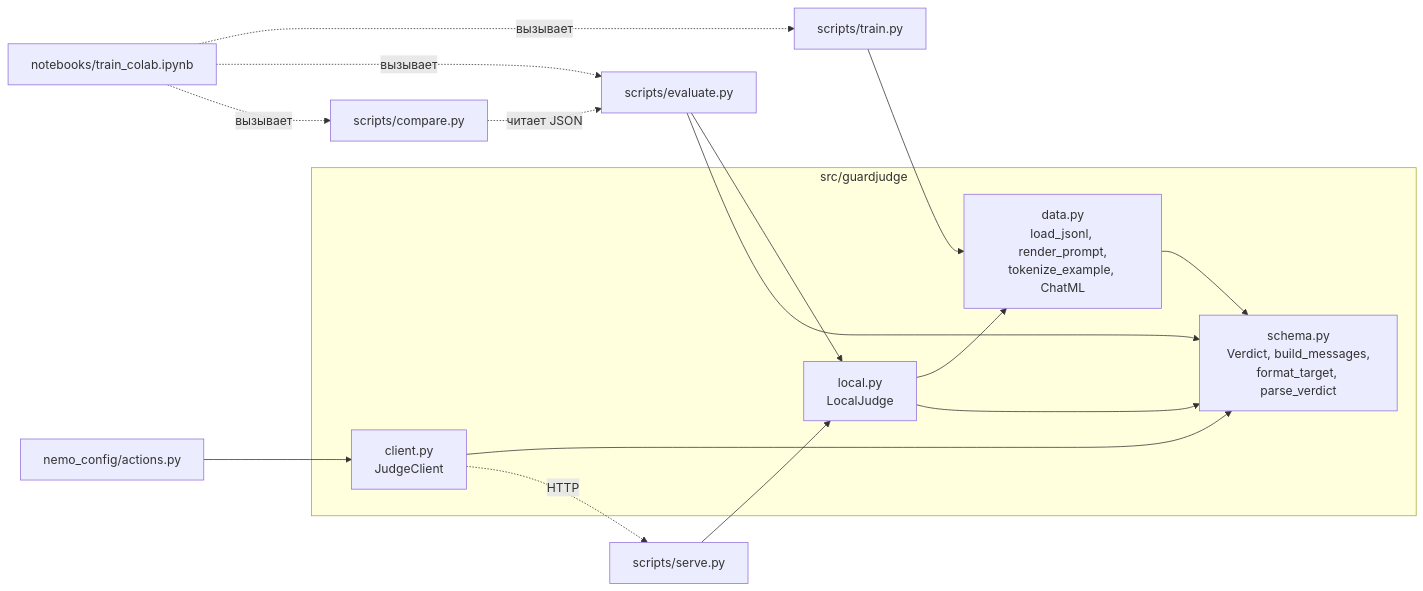
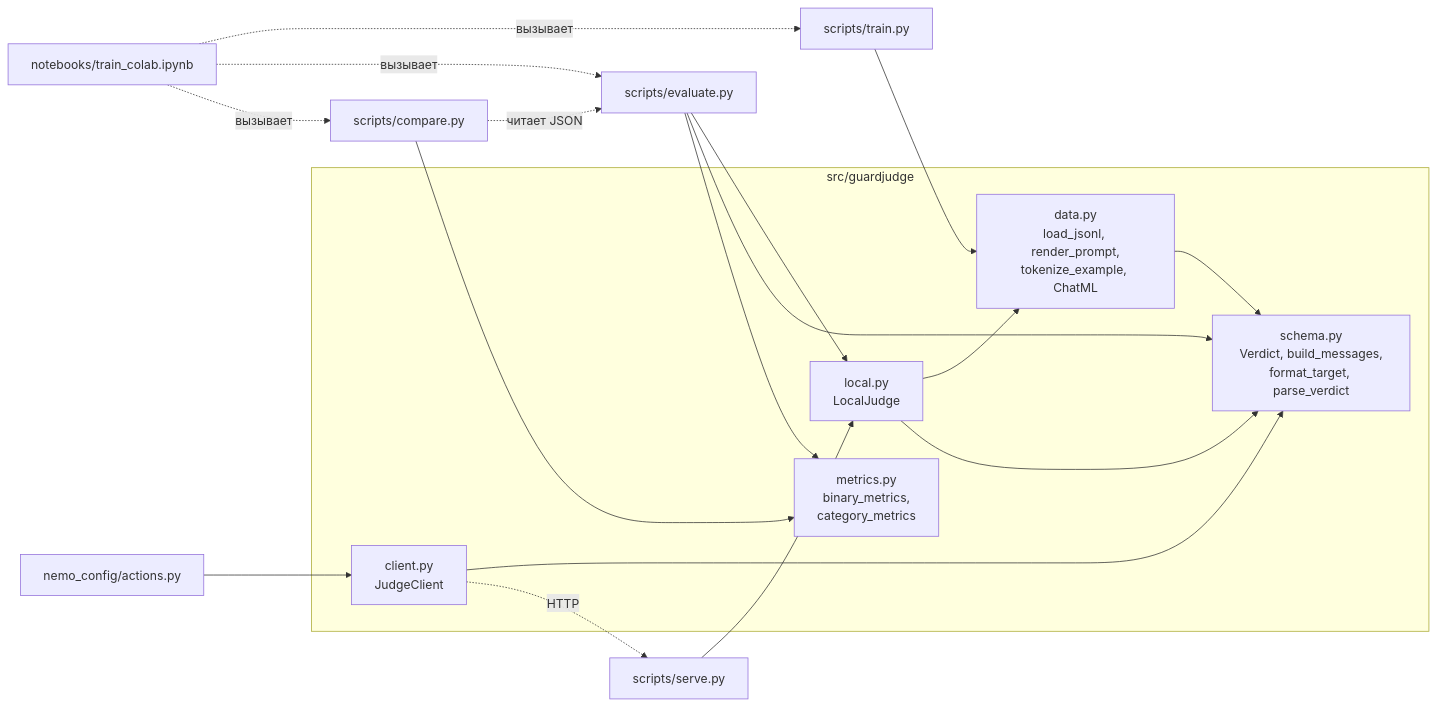
The first of 4 diagrams in STRUCTURE.md (Chernii-Gospodin/guardjudge), drawn with Mermaid before and after one commit. The commit also changed other lines of this file and 6 other files, not shown here.

First line of the commit message:
Add category metrics to evaluation and comparison

````diff
--- a/STRUCTURE.md
+++ b/STRUCTURE.md
@@ -64,24 +66,27 @@
 ```mermaid
 flowchart LR
     subgraph lib["src/guardjudge"]
         schema["schema.py<br/>Verdict, build_messages,<br/>format_target, parse_verdict"]
         data["data.py<br/>load_jsonl, render_prompt,<br/>tokenize_example, ChatML"]
         local["local.py<br/>LocalJudge"]
         client["client.py<br/>JudgeClient"]
+        metrics["metrics.py<br/>binary_metrics,<br/>category_metrics"]
     end
     data --> schema
     local --> data
     local --> schema
     client --> schema
 
     train["scripts/train.py"] --> data
     evaluate["scripts/evaluate.py"] --> local
     evaluate --> schema
     serve["scripts/serve.py"] --> local
-    compare["scripts/compare.py"] -. читает JSON .-> evaluate
+    evaluate --> metrics
+    compare["scripts/compare.py"] --> metrics
+    compare -. читает JSON .-> evaluate
     actions["nemo_config/actions.py"] --> client
     client -. HTTP .-> serve
     notebook["notebooks/train_colab.ipynb"] -. вызывает .-> train
     notebook -. вызывает .-> evaluate
     notebook -. вызывает .-> compare
 ```
````
